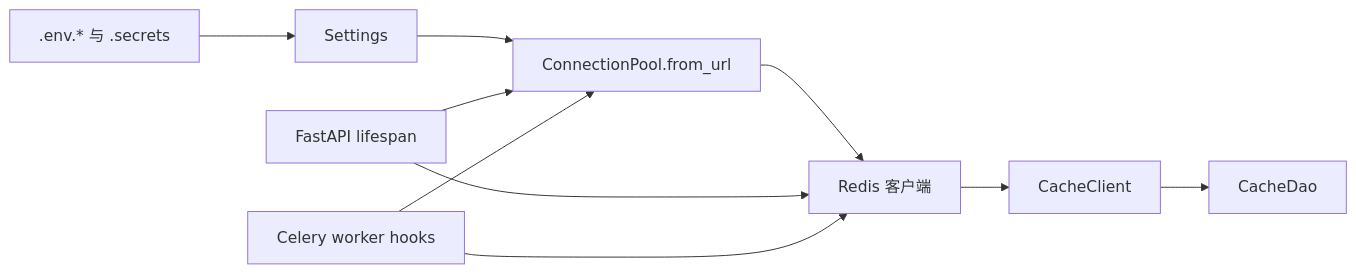
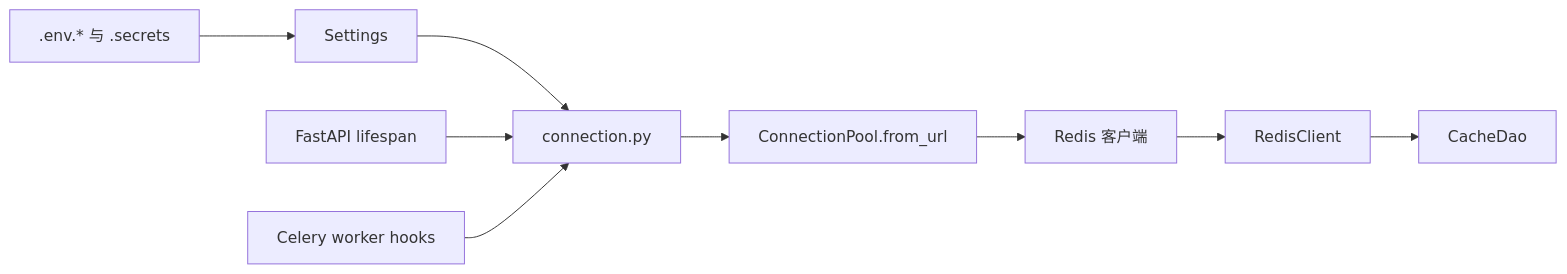
Before and after one commit to lilinzezzzzzz/fastapi-backend: the sixth of 6 diagrams in .qoder/repowiki/zh/content/缓存系统/Redis集成.md, drawn with Mermaid. The commit also changed other lines of this file and 42 other files, not shown here.

````diff
--- a/.qoder/repowiki/zh/content/缓存系统/Redis集成.md
+++ b/.qoder/repowiki/zh/content/缓存系统/Redis集成.md
@@ -340,12 +317,11 @@
 ```mermaid
 graph LR
 ENV[".env.* 与 .secrets"] --> CFG["Settings"]
-CFG --> POOL["ConnectionPool.from_url"]
+CFG --> CONN["connection.py"]
+CONN --> POOL["ConnectionPool.from_url"]
 POOL --> R["Redis 客户端"]
-R --> CC["CacheClient"]
-CC --> DAO["CacheDao"]
-LIFE["FastAPI lifespan"] --> POOL
-LIFE --> R
-CEL["Celery worker hooks"] --> POOL
-CEL --> R
+R --> RC["RedisClient"]
+RC --> DAO["CacheDao"]
+LIFE["FastAPI lifespan"] --> CONN
+CEL["Celery worker hooks"] --> CONN
 ```
````
